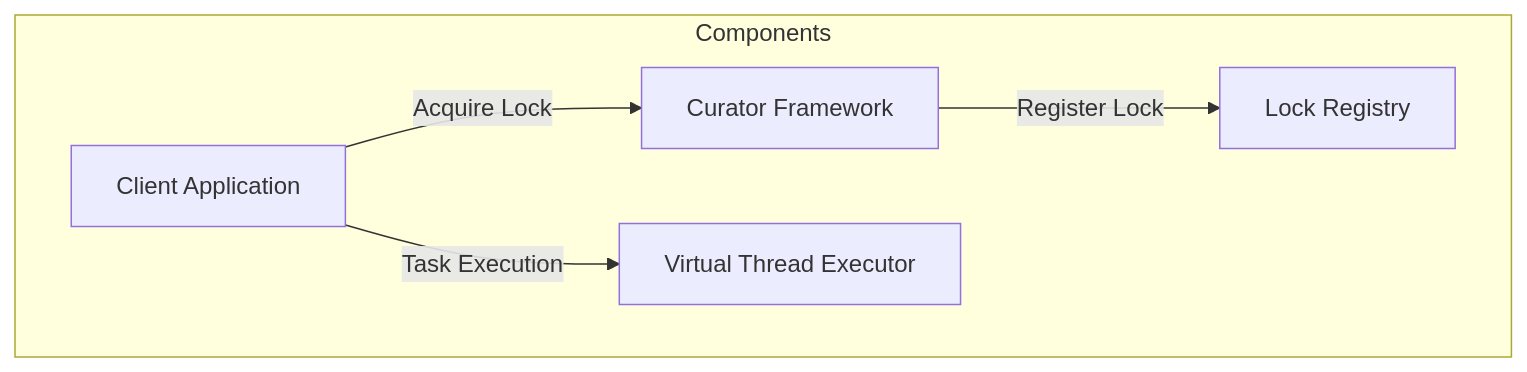
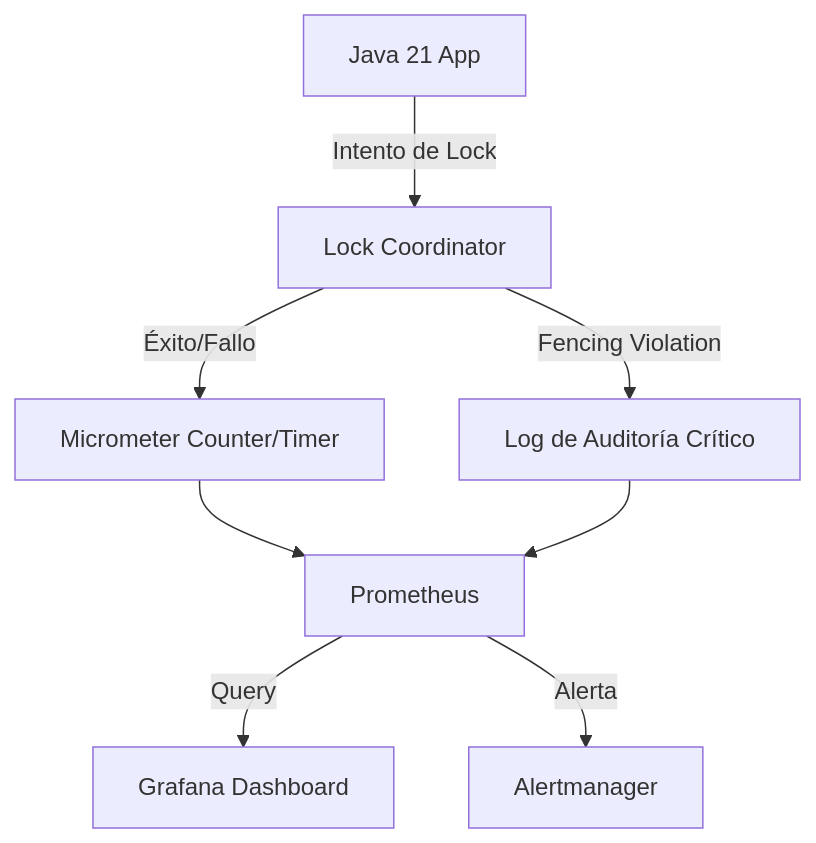
The second of 4 diagrams in _Review/distributed_locks_y_coordinacion_distribuida/distributed_locks_y_coordinacion_distribuida.md (Joaquinriosheredia/DAM-Java-Mastery), drawn with Mermaid before and after one commit. The commit also changed other lines of this file, not shown here.

Commit message:
Distributed Locks y Coordinación Distribuida en Java 21

````diff
--- a/_Review/distributed_locks_y_coordinacion_distribuida/distributed_locks_y_coordinacion_distribuida.md
+++ b/_Review/distributed_locks_y_coordinacion_distribuida/distributed_locks_y_coordinacion_distribuida.md
@@ -263,13 +243,10 @@
 ```mermaid
 graph TD
-    subgraph Components
-        Client[Client Application]
-        CuratorFramework[Curator Framework]
-        LockRegistry[Lock Registry]
-        VirtualThread[Virtual Thread Executor]
-    end
-    
-    Client -->|Acquire Lock| CuratorFramework
-    CuratorFramework -->|Register Lock| LockRegistry
-    Client -->|Task Execution| VirtualThread
+    A[Java 21 App] -->|Intento de Lock| B[Lock Coordinator]
+    B -->|Éxito/Fallo| C[Micrometer Counter/Timer]
+    C --> D[Prometheus]
+    D -->|Query| E[Grafana Dashboard]
+    D -->|Alerta| F[Alertmanager]
+    B -->|Fencing Violation| G[Log de Auditoría Crítico]
+    G --> D
 ```
````
